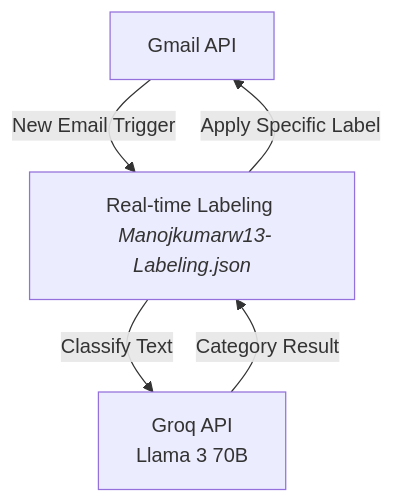
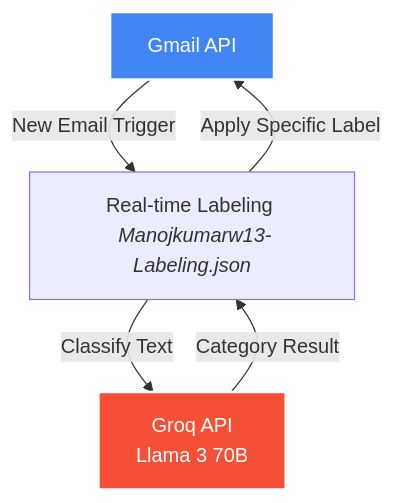
One commit to Manojkumarw13/N8N-Email-Labeling changed the first of 3 diagrams in README.md. Above: the diagram before and after it, drawn with Mermaid. The commit also changed other lines of this file, not shown here.

````diff
--- a/README.md
+++ b/README.md
@@ -16,7 +48,12 @@
 ```mermaid
 graph TD
     G[Gmail API] -->|New Email Trigger| W1[Real-time Labeling <br> <i>Manojkumarw13-Labeling.json</i>]
     W1 -->|Classify Text| Groq[Groq API <br> Llama 3 70B]
     Groq -->|Category Result| W1
     W1 -->|Apply Specific Label| G
+    
+    classDef api fill:#4285F4,color:white,stroke:#fff,stroke-width:2px;
+    classDef ai fill:#F55036,color:white,stroke:#fff,stroke-width:2px;
+    class G api;
+    class Groq ai;
 ```
````
